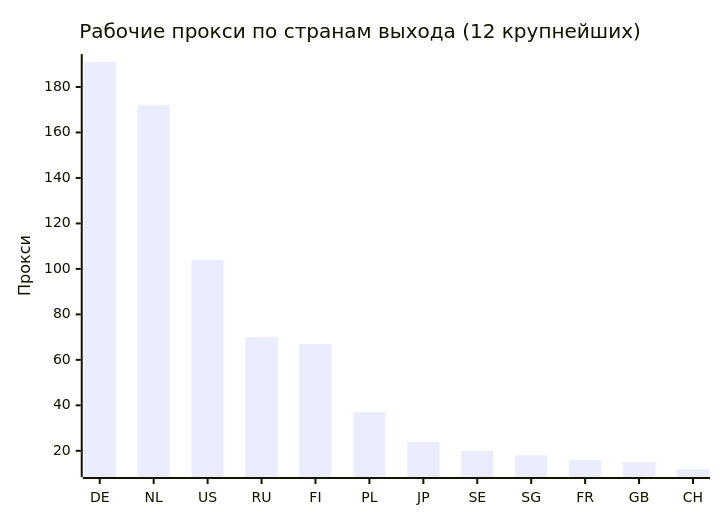
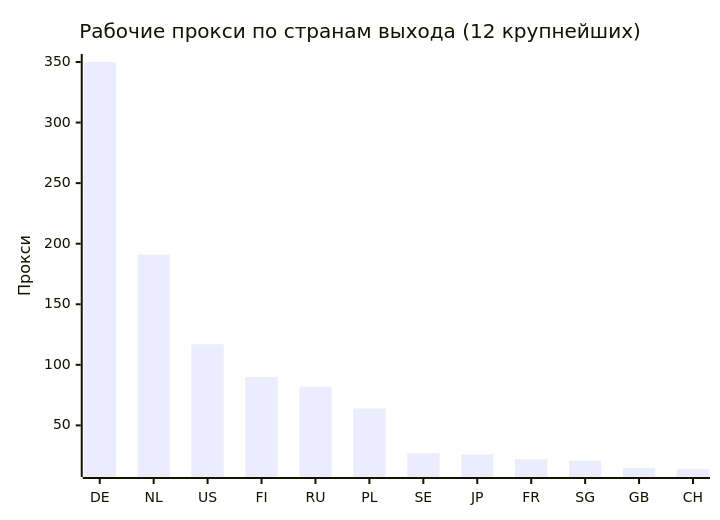
Before and after one commit to rvvg/proxy-subs: the second of 4 diagrams in README.md, drawn with Mermaid. The commit also changed other lines of this file and 52 other files, not shown here.

````diff
--- a/README.md
+++ b/README.md
@@ -131,7 +130,7 @@
 ```mermaid
 xychart-beta
     title "Рабочие прокси по странам выхода (12 крупнейших)"
-    x-axis ["DE", "NL", "US", "RU", "FI", "PL", "JP", "SE", "SG", "FR", "GB", "CH"]
+    x-axis ["DE", "NL", "US", "FI", "RU", "PL", "SE", "JP", "FR", "SG", "GB", "CH"]
     y-axis "Прокси"
-    bar [191, 172, 104, 70, 67, 37, 24, 20, 18, 16, 15, 12]
+    bar [350, 191, 117, 90, 82, 64, 27, 26, 22, 21, 15, 14]
 ```
````
